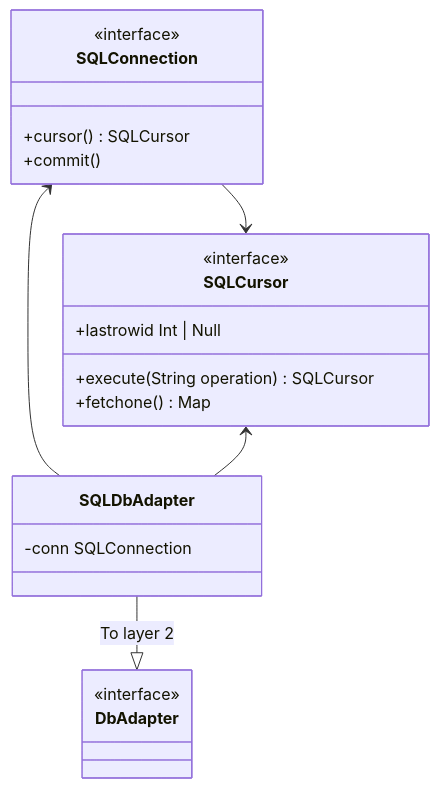
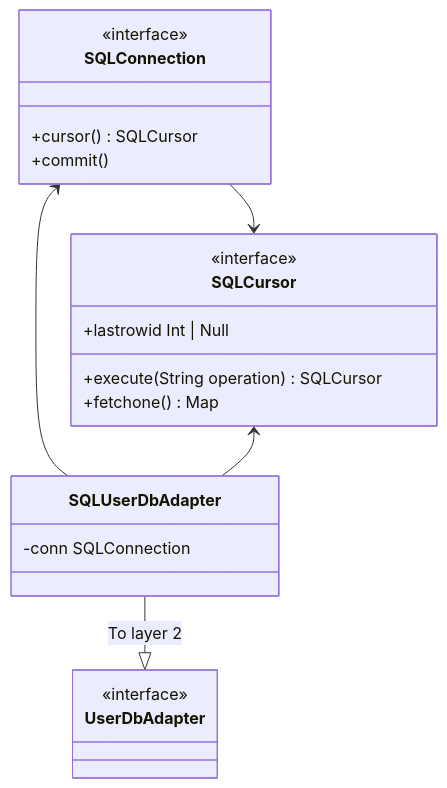
Before and after one commit to janheindejong/outhouse: the fourth of 5 diagrams in backend/README.md, drawn with Mermaid. The commit also changed other lines of this file and 7 other files, not shown here.

````diff
--- a/backend/README.md
+++ b/backend/README.md
@@ -62,28 +65,28 @@
 ```mermaid 
 classDiagram 
 class SQLConnection {
     <<interface>>
     +cursor() SQLCursor
     +commit()
 }
 
 class SQLCursor {
     <<interface>>
     +lastrowid Int | Null
     +execute(String operation) SQLCursor
     +fetchone() Map
 }
 
-class DbAdapter {
+class UserDbAdapter {
     <<interface>>
 }
 
-class SQLDbAdapter {
+class SQLUserDbAdapter {
     -conn SQLConnection
 }
 
-SQLDbAdapter --|> DbAdapter : To layer 2
-SQLConnection <-- SQLDbAdapter
-SQLCursor <-- SQLDbAdapter
+SQLUserDbAdapter --|> UserDbAdapter : To layer 2
+SQLConnection <-- SQLUserDbAdapter
+SQLCursor <-- SQLUserDbAdapter
 SQLConnection --> SQLCursor
 ```
````
